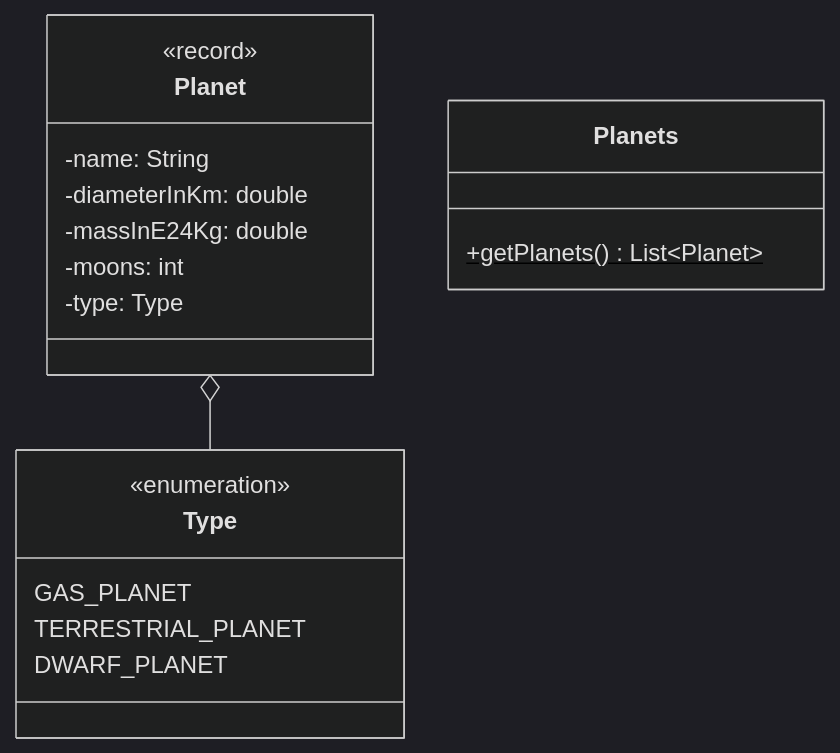
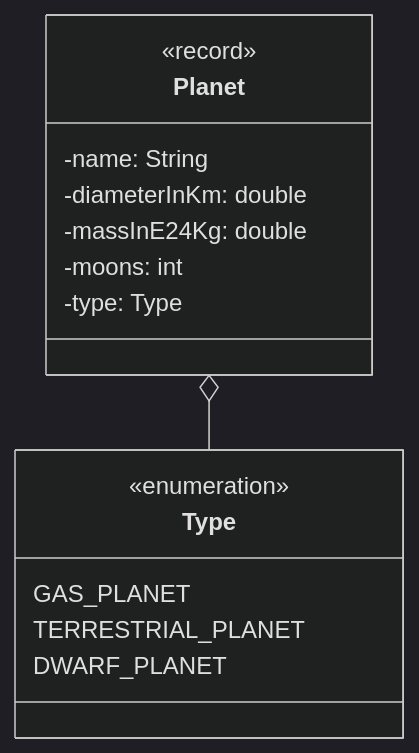
Before and after one commit to jappuccini/java-docs: the diagram in docs/exam-exercises/exam-exercises-java2/planets.md, drawn with Mermaid (dark theme). The commit also changed other lines of this file and 2 other files, not shown here.

````diff
--- a/docs/exam-exercises/exam-exercises-java2/planets.md
+++ b/docs/exam-exercises/exam-exercises-java2/planets.md
@@ -18,24 +18,20 @@
 ```mermaid
 classDiagram
     Planet o-- Type
 
     class Planet {
         <<record>>
         -name: String
         -diameterInKm: double
         -massInE24Kg: double
         -moons: int
         -type: Type
     }
 
     class Type {
         <<enumeration>>
         GAS_PLANET
         TERRESTRIAL_PLANET
         DWARF_PLANET
     }
-
-    class Planets {
-        +getPlanets()$ List~Planet~
-    }
 ```
````
